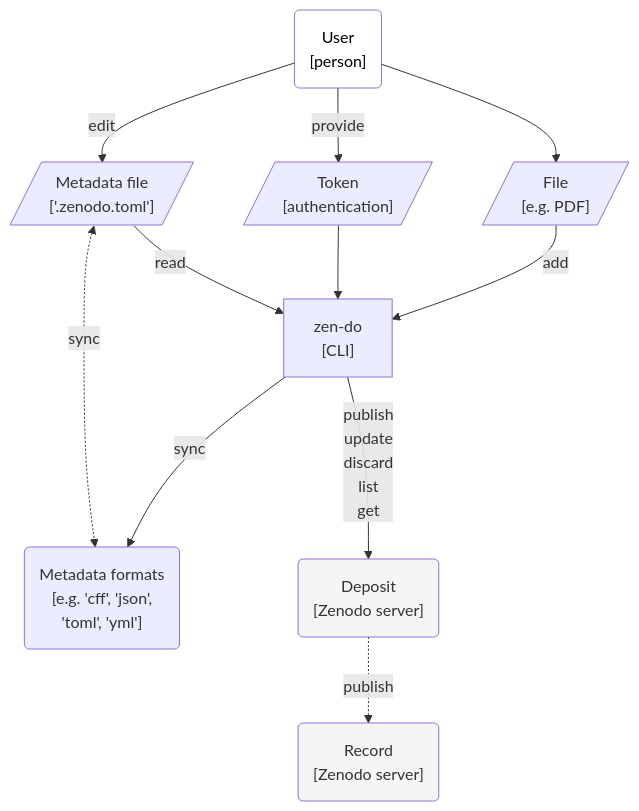
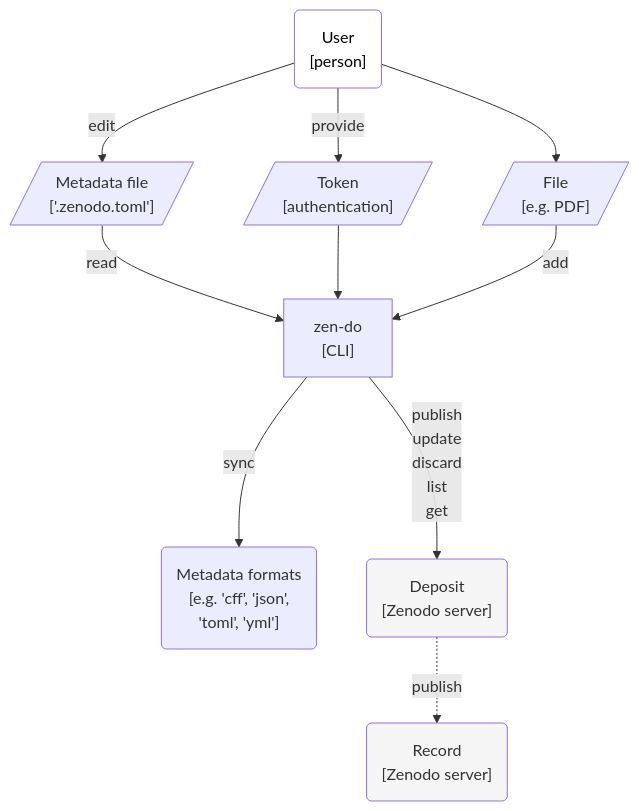
Before and after one commit to seedcase-project/zen-do: the first of 2 diagrams in docs/design/architecture.qmd, drawn with Mermaid. The commit also changed 3 other files, not shown here.

````diff
--- a/docs/design/architecture.qmd
+++ b/docs/design/architecture.qmd
@@ -57,39 +57,38 @@
 ```{mermaid}
 %%| label: fig-c4-context
 %%| fig-cap: >-
 %%|   Diagram showing the interaction between user and external systems that
 %%|   zen-do interacts with. The parallogram boxes represent input, the
 %%|   rectangle represents the CLI, and the rounded boxes represent the start
 %%|   and end points of the flow. The gray boxes represent external systems, in
 %%|   this case, the Zenodo server.
 %%| fig-alt: >-
 %%|   Flowchart diagram with boxes and arrows/connections for the different
 %%|   objects and actions. The user interacts with the metadata file, the
 %%|   metadata formats, the CLI, the file to add to a deposit, and the Zenodo
 %%|   server for both deposits and records.
 
 flowchart TB
     user("User<br>[person]"):::user
     metadata[/"Metadata file<br>['.zenodo.toml']"/]
     metadata_formats("Metadata formats<br>[e.g. 'cff', 'json',<br>'toml', 'yml']")
     deposit("Deposit<br>[Zenodo server]"):::external
     record("Record<br>[Zenodo server]"):::external
     file[/"File<br>[e.g. PDF]"/]
     token[/"Token<br>[authentication]"/]
     zen_do["zen-do<br>[CLI]"]
 
     user -->|edit| metadata
     user -->|provide| token
     metadata -->|read| zen_do
-    metadata <-.->|sync| metadata_formats
     token --> zen_do
     zen_do -->|sync| metadata_formats
     file -->|add| zen_do
     user --> file
     zen_do -->|publish<br>update<br>discard<br>list<br>get| deposit
     deposit -.->|publish| record
 
     %% Styling
     classDef user fill:#FFFFFF,color:#000000;
     classDef external fill:#F5F5F5;
 ```
````
